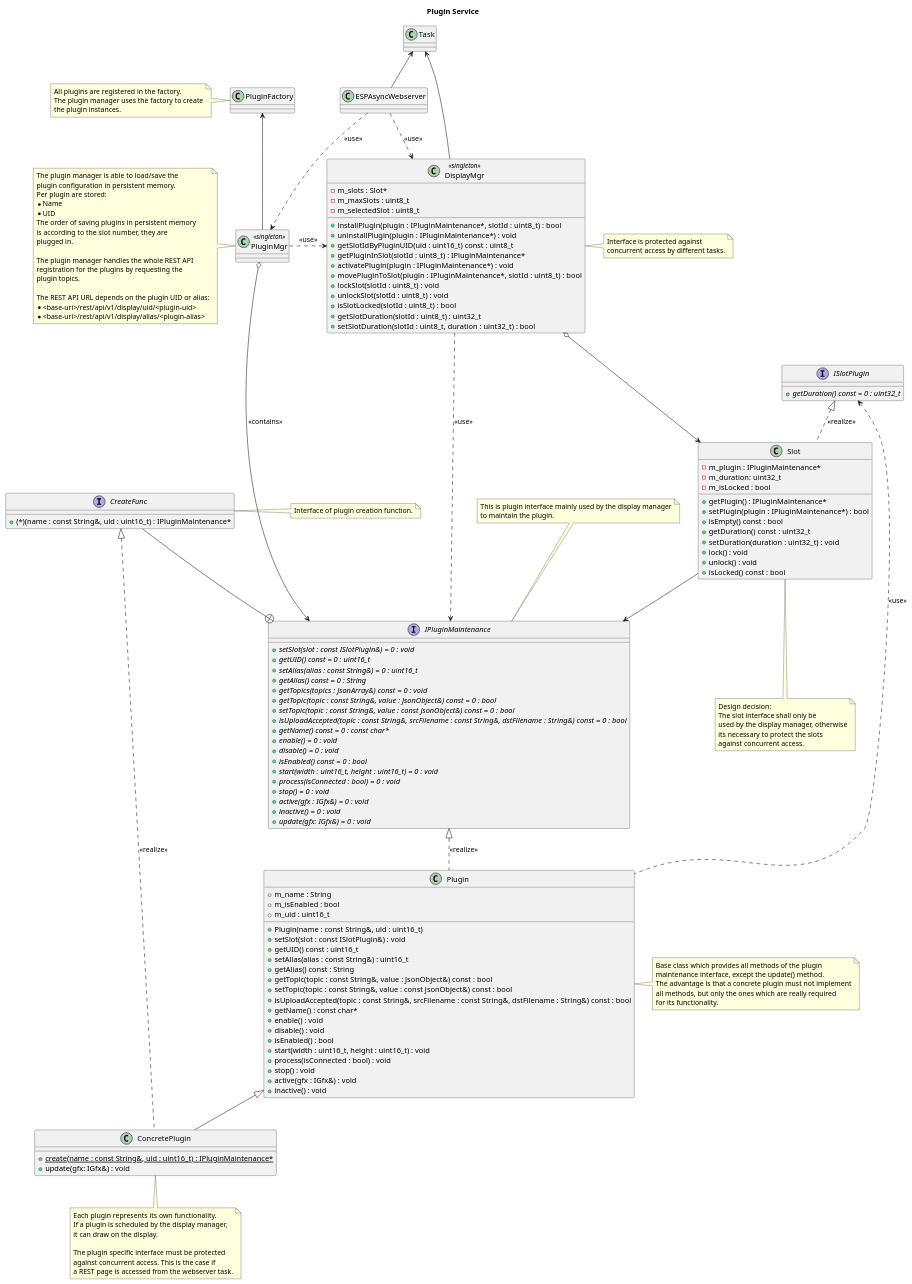
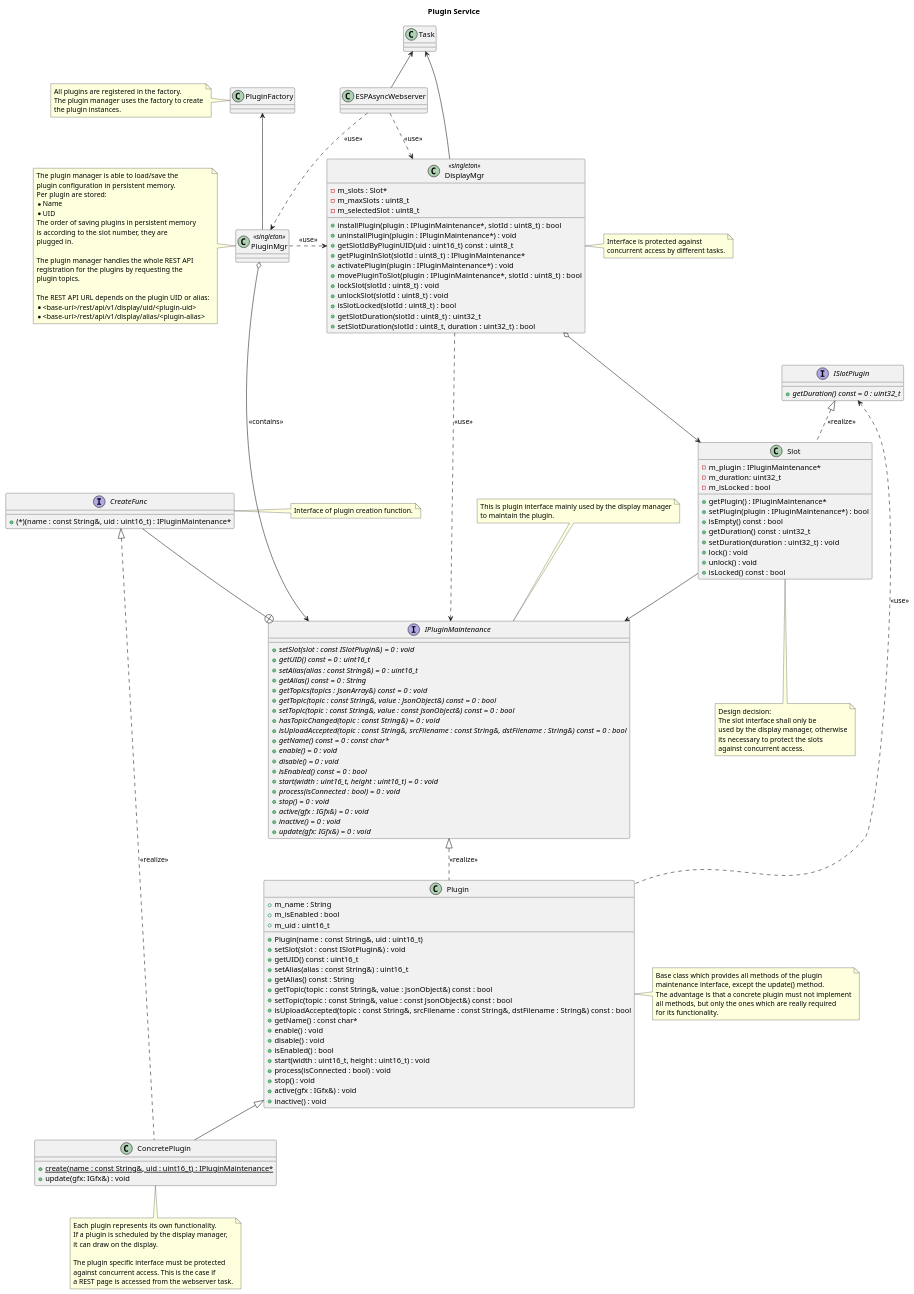
Before and after one commit to BlueAndi/Pixelix: the diagram in doc/architecture/uml/plugin-service.wsd, drawn with PlantUML. The commit also changed 44 other files, not shown here.

```diff
--- a/doc/architecture/uml/plugin-service.wsd
+++ b/doc/architecture/uml/plugin-service.wsd
@@ -1,197 +1,198 @@
 @startuml
 
 title Plugin Service
 
 interface IPluginMaintenance {
 
     + {abstract} setSlot(slot : const ISlotPlugin&) = 0 : void
     + {abstract} getUID() const = 0 : uint16_t
     + {abstract} setAlias(alias : const String&) = 0 : uint16_t
     + {abstract} getAlias() const = 0 : String
     + {abstract} getTopics(topics : JsonArray&) const = 0 : void
     + {abstract} getTopic(topic : const String&, value : JsonObject&) const = 0 : bool
     + {abstract} setTopic(topic : const String&, value : const JsonObject&) const = 0 : bool
+    + {abstract} hasTopicChanged(topic : const String&) = 0 : void
     + {abstract} isUploadAccepted(topic : const String&, srcFilename : const String&, dstFilename : String&) const = 0 : bool
     + {abstract} getName() const = 0 : const char*
     + {abstract} enable() = 0 : void
     + {abstract} disable() = 0 : void
     + {abstract} isEnabled() const = 0 : bool
     + {abstract} start(width : uint16_t, height : uint16_t) = 0 : void
     + {abstract} process(isConnected : bool) = 0 : void
     + {abstract} stop() = 0 : void
     + {abstract} active(gfx : IGfx&) = 0 : void
     + {abstract} inactive() = 0 : void
     + {abstract} update(gfx: IGfx&) = 0 : void
 }
 
 note top of IPluginMaintenance
     This is plugin interface mainly used by the display manager
     to maintain the plugin.
 end note
 
 interface CreateFunc {
     + (*)(name : const String&, uid : uint16_t) : IPluginMaintenance*
 }
 
 note right of CreateFunc
     Interface of plugin creation function.
 end note
 
 class Plugin {
 
     + m_name : String
     + m_isEnabled : bool
     + m_uid : uint16_t
 
     + Plugin(name : const String&, uid : uint16_t)
     + setSlot(slot : const ISlotPlugin&) : void
     + getUID() const : uint16_t
     + setAlias(alias : const String&) : uint16_t
     + getAlias() const : String
     + getTopic(topic : const String&, value : JsonObject&) const : bool
     + setTopic(topic : const String&, value : const JsonObject&) const : bool
     + isUploadAccepted(topic : const String&, srcFilename : const String&, dstFilename : String&) const : bool
     + getName() : const char*
     + enable() : void
     + disable() : void
     + isEnabled() : bool
     + start(width : uint16_t, height : uint16_t) : void
     + process(isConnected : bool) : void
     + stop() : void
     + active(gfx : IGfx&) : void
     + inactive() : void
 }
 
 note right of Plugin
     Base class which provides all methods of the plugin
     maintenance interface, except the update() method.
     The advantage is that a concrete plugin must not implement
     all methods, but only the ones which are really required
     for its functionality.
 end note
 
 class ConcretePlugin {
     + {static} create(name : const String&, uid : uint16_t) : IPluginMaintenance*
     + update(gfx: IGfx&) : void
 }
 
 note bottom of ConcretePlugin
     Each plugin represents its own functionality.
     If a plugin is scheduled by the display manager,
     it can draw on the display.
 
     The plugin specific interface must be protected
     against concurrent access. This is the case if
     a REST page is accessed from the webserver task.
 end note
 
 interface ISlotPlugin {
 
     + {abstract} getDuration() const = 0 : uint32_t
 }
 
 class Slot {
     - m_plugin : IPluginMaintenance*
     - m_duration: uint32_t
     - m_isLocked : bool
     + getPlugin() : IPluginMaintenance*
     + setPlugin(plugin : IPluginMaintenance*) : bool
     + isEmpty() const : bool
     + getDuration() const : uint32_t
     + setDuration(duration : uint32_t) : void
     + lock() : void
     + unlock() : void
     + isLocked() const : bool
 }
 
 note bottom of Slot
     Design decision:
     The slot interface shall only be
     used by the display manager, otherwise
     its necessary to protect the slots
     against concurrent access.
 end note
 
 class DisplayMgr <<singleton>> {
     - m_slots : Slot*
     - m_maxSlots : uint8_t
     - m_selectedSlot : uint8_t
     + installPlugin(plugin : IPluginMaintenance*, slotId : uint8_t) : bool
     + uninstallPlugin(plugin : IPluginMaintenance*) : void
     + getSlotIdByPluginUID(uid : uint16_t) const : uint8_t
     + getPluginInSlot(slotId : uint8_t) : IPluginMaintenance*
     + activatePlugin(plugin : IPluginMaintenance*) : void
     + movePluginToSlot(plugin : IPluginMaintenance*, slotId : uint8_t) : bool
     + lockSlot(slotId : uint8_t) : void
     + unlockSlot(slotId : uint8_t) : void
     + isSlotLocked(slotId : uint8_t) : bool
     + getSlotDuration(slotId : uint8_t) : uint32_t
     + setSlotDuration(slotId : uint8_t, duration : uint32_t) : bool
 }
 
 note right of DisplayMgr
     Interface is protected against
     concurrent access by different tasks.
 end note
 
 class Task
 
 class PluginFactory
 
 note left of PluginFactory
     All plugins are registered in the factory.
     The plugin manager uses the factory to create
     the plugin instances.
 end note
 
 class PluginMgr <<singleton>>
 
 note left of PluginMgr
     The plugin manager is able to load/save the
     plugin configuration in persistent memory.
     Per plugin are stored:
     * Name
     * UID
     The order of saving plugins in persistent memory
     is according to the slot number, they are
     plugged in.
 
     The plugin manager handles the whole REST API
     registration for the plugins by requesting the
     plugin topics.
 
     The REST API URL depends on the plugin UID or alias:
     * <base-uri>/rest/api/v1/display/uid/<plugin-uid>
     * <base-uri>/rest/api/v1/display/alias/<plugin-alias>
 end note
 
 class ESPAsyncWebserver
 
 PluginFactory <-- PluginMgr
 
 CreateFunc --+ IPluginMaintenance
 
 IPluginMaintenance <|.. Plugin: <<realize>>
 ISlotPlugin <.... Plugin: <<use>>
 
 Plugin <|-- ConcretePlugin
 CreateFunc <|.... ConcretePlugin: <<realize>>
 
 ISlotPlugin <|.. Slot: <<realize>>
 
 DisplayMgr ....> IPluginMaintenance: <<use>>
 DisplayMgr o---> Slot
 
 Slot --> IPluginMaintenance
 
 Task <--- DisplayMgr
 
 PluginMgr o--> IPluginMaintenance: <<contains>>
 PluginMgr .> DisplayMgr: <<use>>
 
 Task <-- ESPAsyncWebserver
 
 ESPAsyncWebserver ..> DisplayMgr: <<use>>
 ESPAsyncWebserver ..> PluginMgr: <<use>>
 
 @enduml
```
